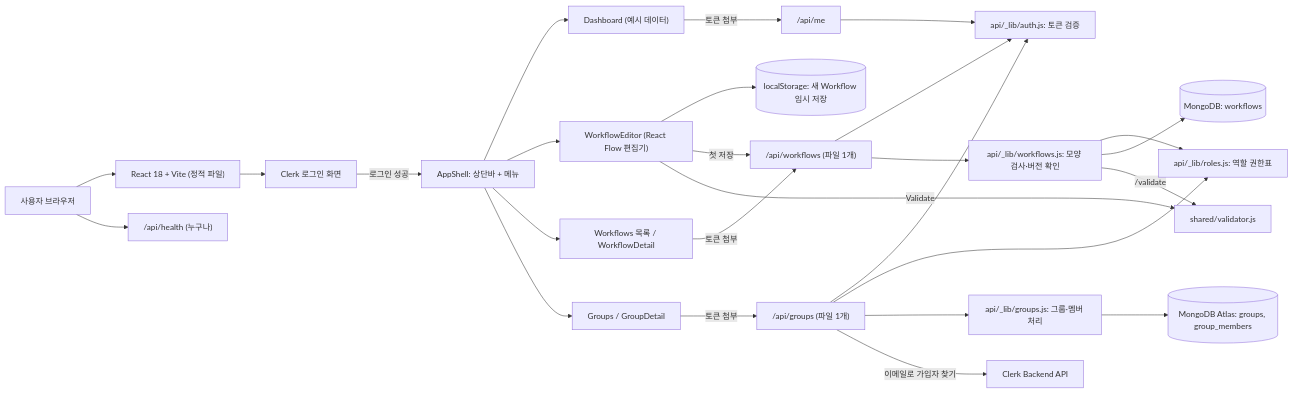
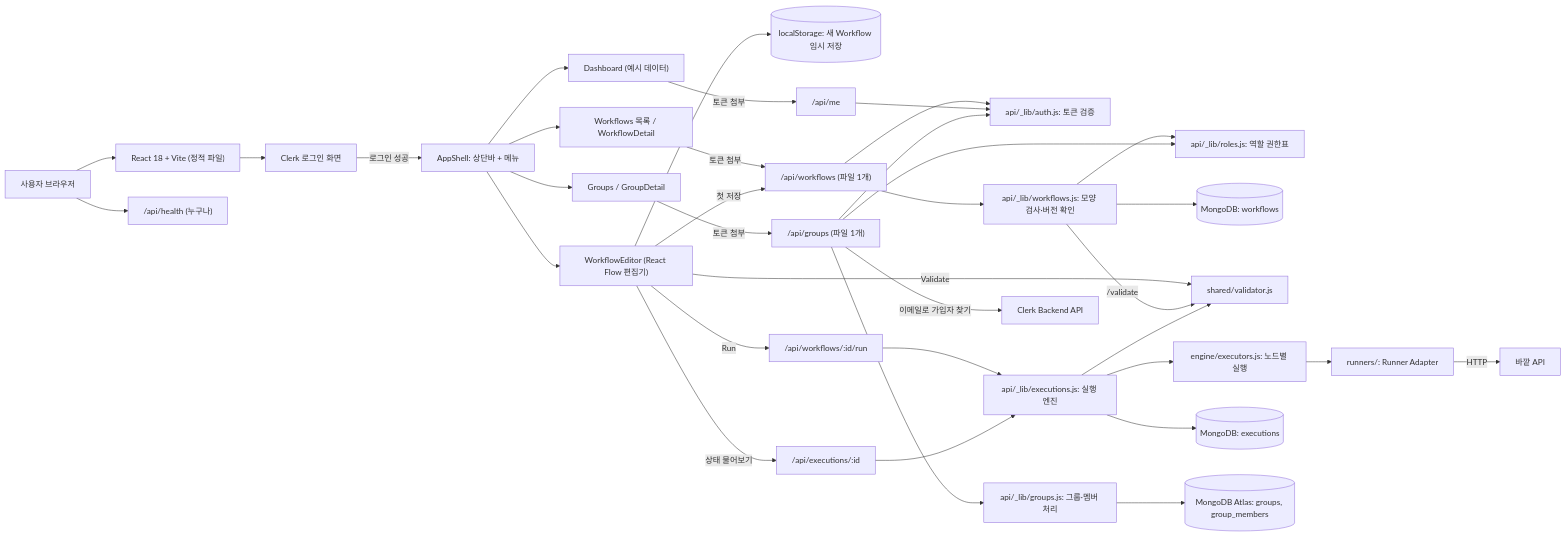
The diagram in docs/ARCHITECTURE.md (jeong-jihyun/flowbuilder), drawn with Mermaid before and after one commit. The commit also changed other lines of this file and 28 other files, not shown here.

````diff
--- a/docs/ARCHITECTURE.md
+++ b/docs/ARCHITECTURE.md
@@ -8,28 +8,37 @@
 ```mermaid
 flowchart LR
     USER["사용자 브라우저"] --> FRONT["React 18 + Vite (정적 파일)"]
     FRONT --> CLERK["Clerk 로그인 화면"]
     CLERK -->|로그인 성공| SHELL["AppShell: 상단바 + 메뉴"]
     SHELL --> DASH["Dashboard (예시 데이터)"]
     SHELL --> EDITOR["WorkflowEditor (React Flow 편집기)"]
     EDITOR --> DRAFT[("localStorage: 새 Workflow 임시 저장")]
     SHELL --> WFLIST["Workflows 목록 / WorkflowDetail"]
     WFLIST -->|토큰 첨부| WAPI["/api/workflows (파일 1개)"]
     EDITOR -->|첫 저장| WAPI
     WAPI --> AUTH
     WAPI --> WSVC["api/_lib/workflows.js: 모양 검사·버전 확인"]
     WSVC --> RBAC
     WSVC --> DB2[("MongoDB: workflows")]
     EDITOR -->|Validate| VAL["shared/validator.js"]
     WSVC -->|/validate| VAL
+    EDITOR -->|Run| RUN["/api/workflows/:id/run"]
+    RUN --> ORCH["api/_lib/executions.js: 실행 엔진"]
+    ORCH --> VAL
+    ORCH --> EXEC["engine/executors.js: 노드별 실행"]
+    EXEC --> ADAPTER["runners/: Runner Adapter"]
+    ADAPTER -->|HTTP| EXT["바깥 API"]
+    ORCH --> DB3[("MongoDB: executions")]
+    EDITOR -->|상태 물어보기| EAPI["/api/executions/:id"]
+    EAPI --> ORCH
     USER --> API["/api/health (누구나)"]
     DASH -->|토큰 첨부| ME["/api/me"]
     ME --> AUTH["api/_lib/auth.js: 토큰 검증"]
     SHELL --> GROUPS["Groups / GroupDetail"]
     GROUPS -->|토큰 첨부| GAPI["/api/groups (파일 1개)"]
     GAPI --> AUTH
     GAPI --> RBAC["api/_lib/roles.js: 역할 권한표"]
     GAPI --> SVC["api/_lib/groups.js: 그룹·멤버 처리"]
     SVC --> DB[("MongoDB Atlas: groups, group_members")]
     GAPI -->|이메일로 가입자 찾기| CLERKAPI["Clerk Backend API"]
 ```
````
